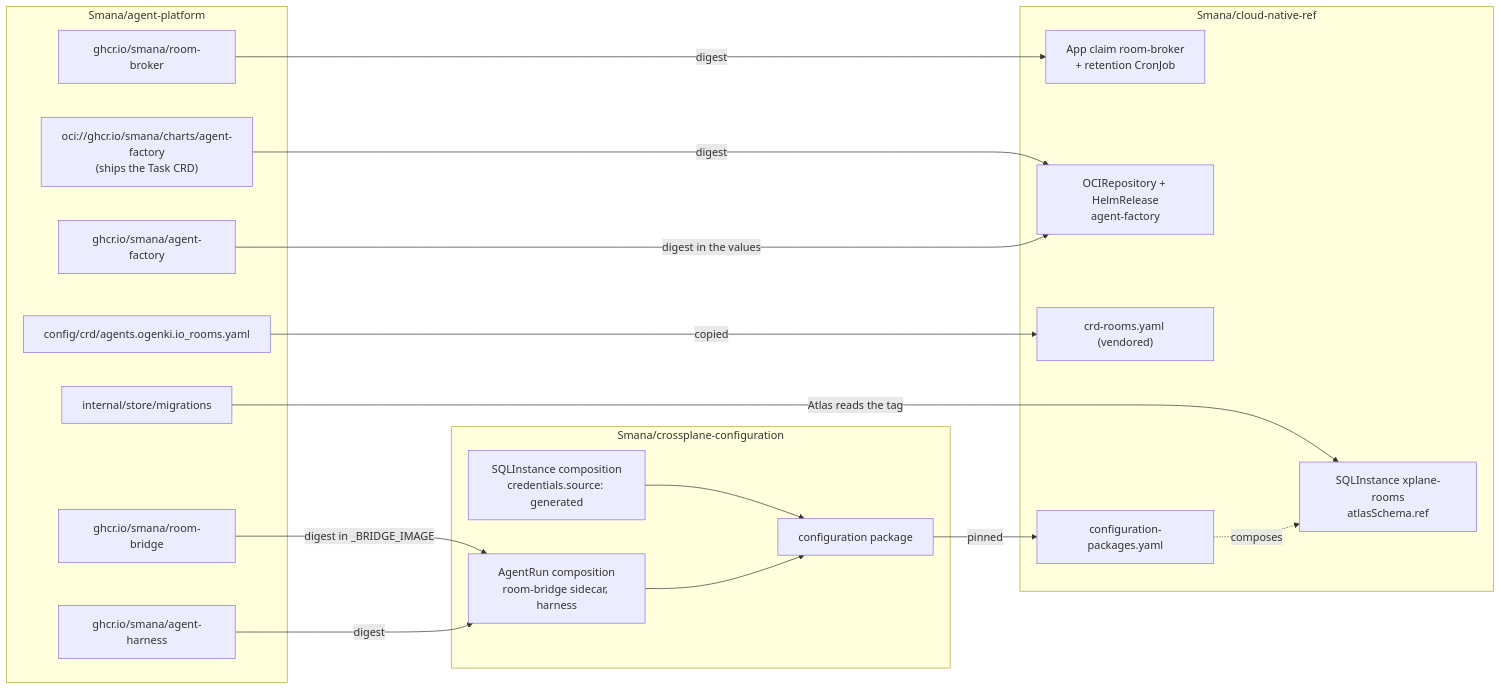
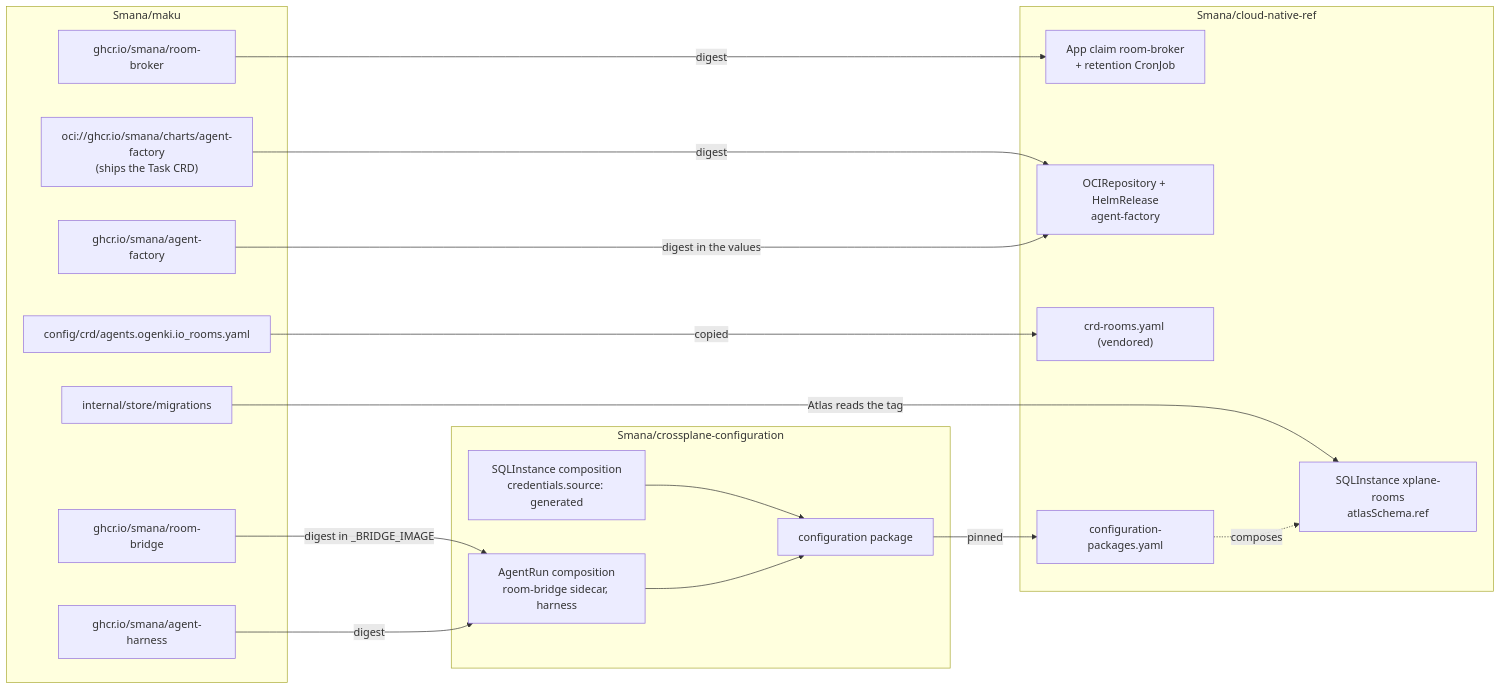
One commit to Smana/agent-platform changed the first of 2 diagrams in docs/integration.md. Above: the diagram before and after it, drawn with Mermaid. The commit also changed 455 other files, not shown here.

Commit message:
refactor: the module is github.com/Smana/maku

````diff
--- a/docs/integration.md
+++ b/docs/integration.md
@@ -10,35 +10,35 @@
 ```mermaid
 flowchart LR
-  subgraph ap["Smana/agent-platform"]
+  subgraph ap["Smana/maku"]
     bimg["ghcr.io/smana/room-broker"]
     brimg["ghcr.io/smana/room-bridge"]
     fimg["ghcr.io/smana/agent-factory"]
     himg["ghcr.io/smana/agent-harness"]
     chart["oci://ghcr.io/smana/charts/agent-factory<br/>(ships the Task CRD)"]
     crd["config/crd/agents.ogenki.io_rooms.yaml"]
     mig["internal/store/migrations"]
   end
   subgraph cc["Smana/crossplane-configuration"]
     sql["SQLInstance composition<br/>credentials.source: generated"]
     ar["AgentRun composition<br/>room-bridge sidecar, harness"]
     pkg["configuration package"]
   end
   subgraph cnr["Smana/cloud-native-ref"]
     app["App claim room-broker<br/>+ retention CronJob"]
     fac["OCIRepository + HelmRelease<br/>agent-factory"]
     vend["crd-rooms.yaml (vendored)"]
     claim["SQLInstance xplane-rooms<br/>atlasSchema.ref"]
     pin["configuration-packages.yaml"]
   end
   bimg -->|digest| app
   chart -->|digest| fac
   fimg -->|"digest in the values"| fac
   brimg -->|"digest in _BRIDGE_IMAGE"| ar
   himg -->|digest| ar
   crd -->|copied| vend
   mig -->|"Atlas reads the tag"| claim
   sql --> pkg
   ar --> pkg
   pkg -->|pinned| pin
   pin -.->|composes| claim
 ```
````
